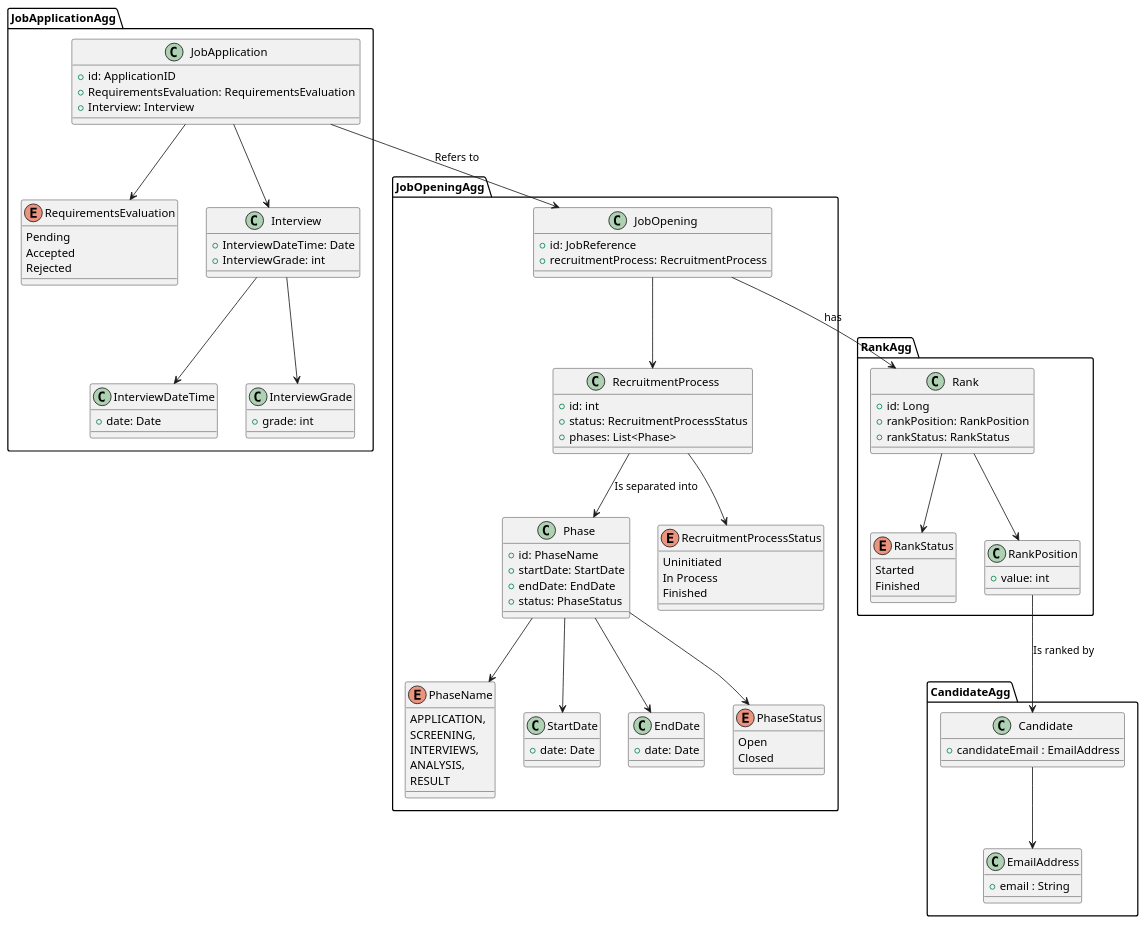
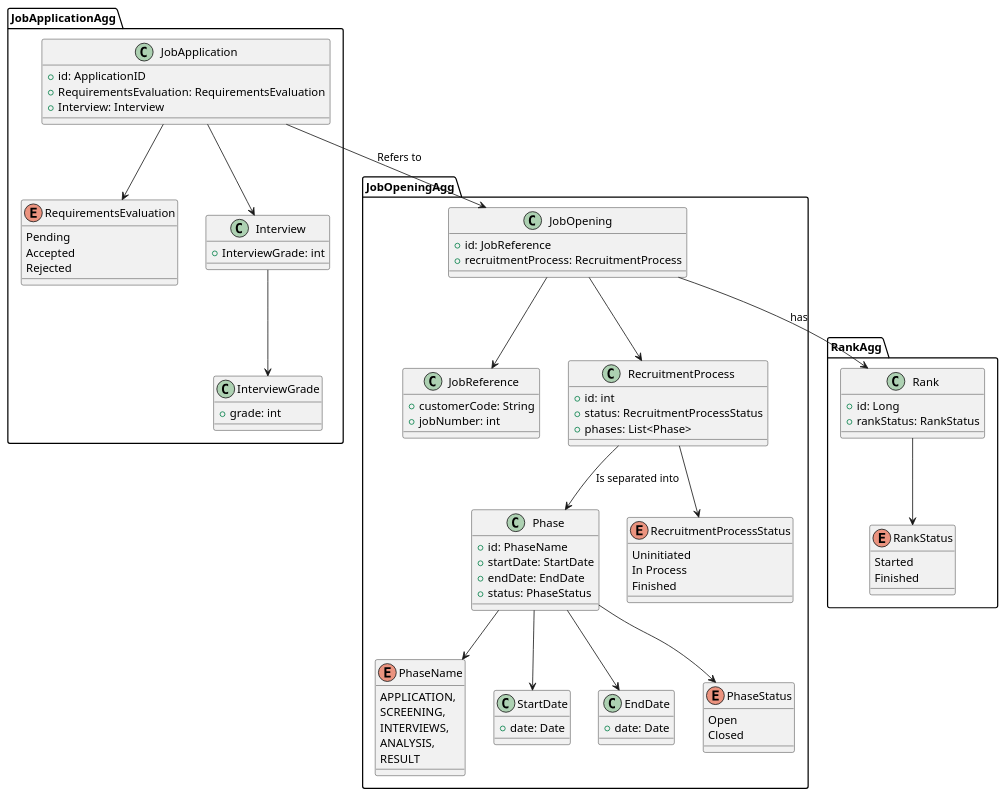
Before and after one commit to Mendoncaa/LAPR4: the diagram in docs/sprintC/US1010/02.analysis/puml/DM.puml, drawn with PlantUML. The commit also changed 4 other files, not shown here.

First line of the commit message:
#40 US1010 Diagrams and code implementation changes.

```diff
--- a/docs/sprintC/US1010/02.analysis/puml/DM.puml
+++ b/docs/sprintC/US1010/02.analysis/puml/DM.puml
@@ -1,123 +1,106 @@
 @startuml DomainModel
 package JobOpeningAgg {
 
     class JobOpening {
         +id: JobReference
         +recruitmentProcess: RecruitmentProcess
     }
+
+    class JobReference {
+        + customerCode: String
+        + jobNumber: int
+    }
+
     class RecruitmentProcess {
         +id: int
         +status: RecruitmentProcessStatus
         +phases: List<Phase>
     }
 
     class Phase {
         +id: PhaseName
         +startDate: StartDate
         +endDate: EndDate
         +status: PhaseStatus
     }
 
     enum PhaseName {
             APPLICATION,
             SCREENING,
             INTERVIEWS,
             ANALYSIS,
             RESULT
     }
 
     class StartDate {
         +date: Date
     }
 
     class EndDate {
         +date: Date
     }
 
     enum PhaseStatus {
         Open
         Closed
     }
 
     enum RecruitmentProcessStatus {
         Uninitiated
         In Process
         Finished
     }
 
     JobOpening --> RecruitmentProcess
+    JobOpening --> JobReference
     RecruitmentProcess --> RecruitmentProcessStatus
     RecruitmentProcess --> Phase : "Is separated into"
     Phase --> PhaseName
     Phase --> StartDate
     Phase --> EndDate
     Phase --> PhaseStatus
 }
 
 package JobApplicationAgg {
     class JobApplication {
         +id: ApplicationID
         +RequirementsEvaluation: RequirementsEvaluation
         +Interview: Interview
     }
 
     enum RequirementsEvaluation {
         Pending
         Accepted
         Rejected
     }
 
     class Interview {
-        +InterviewDateTime: Date
         +InterviewGrade: int
-    }
-
-    class InterviewDateTime {
-        +date: Date
     }
 
     class InterviewGrade {
         +grade: int
     }
 
     JobApplication --> RequirementsEvaluation
     JobApplication --> Interview
     JobApplication --> JobOpening : Refers to
-    Interview --> InterviewDateTime
     Interview --> InterviewGrade
 }
 
 package RankAgg {
     class Rank {
         +id: Long
-        +rankPosition: RankPosition
         +rankStatus: RankStatus
     }
 
     enum RankStatus {
         Started
         Finished
     }
 
-    class RankPosition {
-        +value: int
-    }
-
-    Rank --> RankPosition
     Rank --> RankStatus
     JobOpening --> Rank : "has"
 }
 
-package CandidateAgg {
-    class Candidate {
-        + candidateEmail : EmailAddress
-    }
-
-    class EmailAddress{
-        + email : String
-    }
-
-    Candidate --> EmailAddress
-    RankPosition --> Candidate : "Is ranked by"
-}
 @enduml
```
